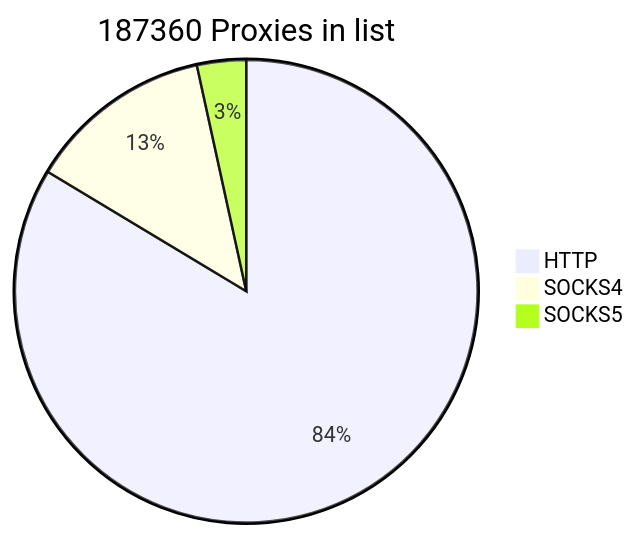
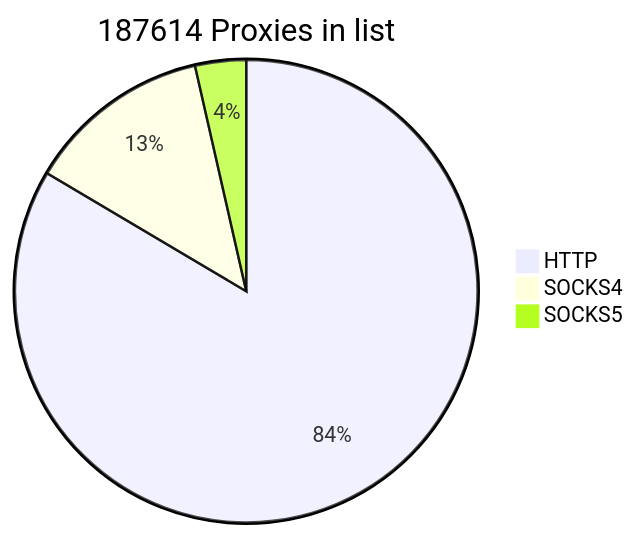
The first of 2 diagrams in README.md (cutipu/proxylist), drawn with Mermaid before and after one commit. The commit also changed other lines of this file, not shown here.

````diff
--- a/README.md
+++ b/README.md
@@ -2,7 +2,7 @@
 ```mermaid
-pie title 187360 Proxies in list
-    "HTTP" : 156682
-    "SOCKS4" : 24257
-    "SOCKS5" : 6421
+pie title 187614 Proxies in list
+    "HTTP" : 156679
+    "SOCKS4" : 24258
+    "SOCKS5" : 6677
             
 ```
````
